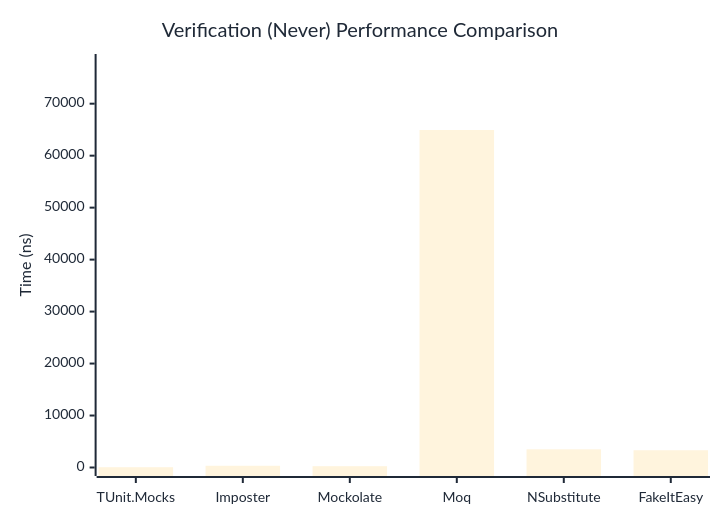
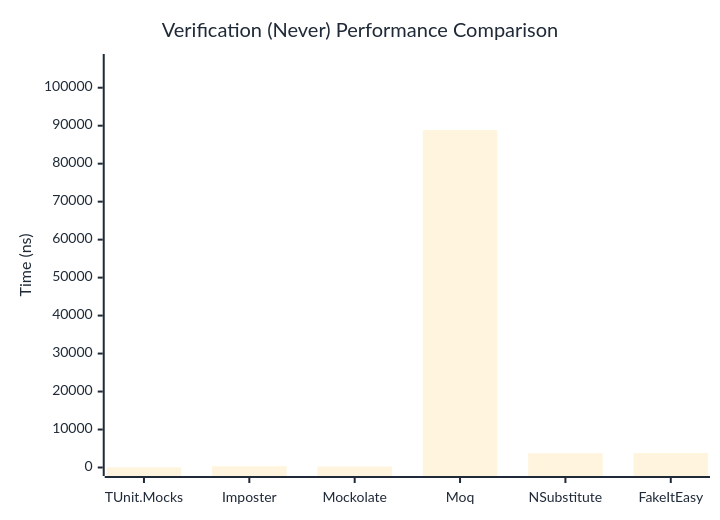
Before and after one commit to thomhurst/TUnit: the second of 3 diagrams in docs/docs/benchmarks/mocks/Verification.md, drawn with Mermaid. The commit also changed other lines of this file and 14 other files, not shown here.

````diff
--- a/docs/docs/benchmarks/mocks/Verification.md
+++ b/docs/docs/benchmarks/mocks/Verification.md
@@ -69,27 +69,27 @@
 ```mermaid
 %%{init: {
   'theme':'base',
   'themeVariables': {
     'primaryColor': '#2563eb',
     'primaryTextColor': '#1f2937',
     'primaryBorderColor': '#1e40af',
     'lineColor': '#6b7280',
     'secondaryColor': '#7c3aed',
     'tertiaryColor': '#dc2626',
     'background': '#ffffff',
     'pie1': '#2563eb',
     'pie2': '#7c3aed',
     'pie3': '#dc2626',
     'pie4': '#f59e0b',
     'pie5': '#10b981',
     'pie6': '#06b6d4',
     'pie7': '#ec4899',
     'pie8': '#6366f1'
   }
 }}%%
 xychart-beta
   title "Verification (Never) Performance Comparison"
   x-axis ["TUnit.Mocks", "Imposter", "Mockolate", "Moq", "NSubstitute", "FakeItEasy"]
-  y-axis "Time (ns)" 0 --> 77926
-  bar [52.32, 332.98, 252.55, 64938.19, 3500.07, 3321.23]
+  y-axis "Time (ns)" 0 --> 106640
+  bar [49.22, 338.66, 242.96, 88866.1, 3773.47, 3811.1]
 ```
````
